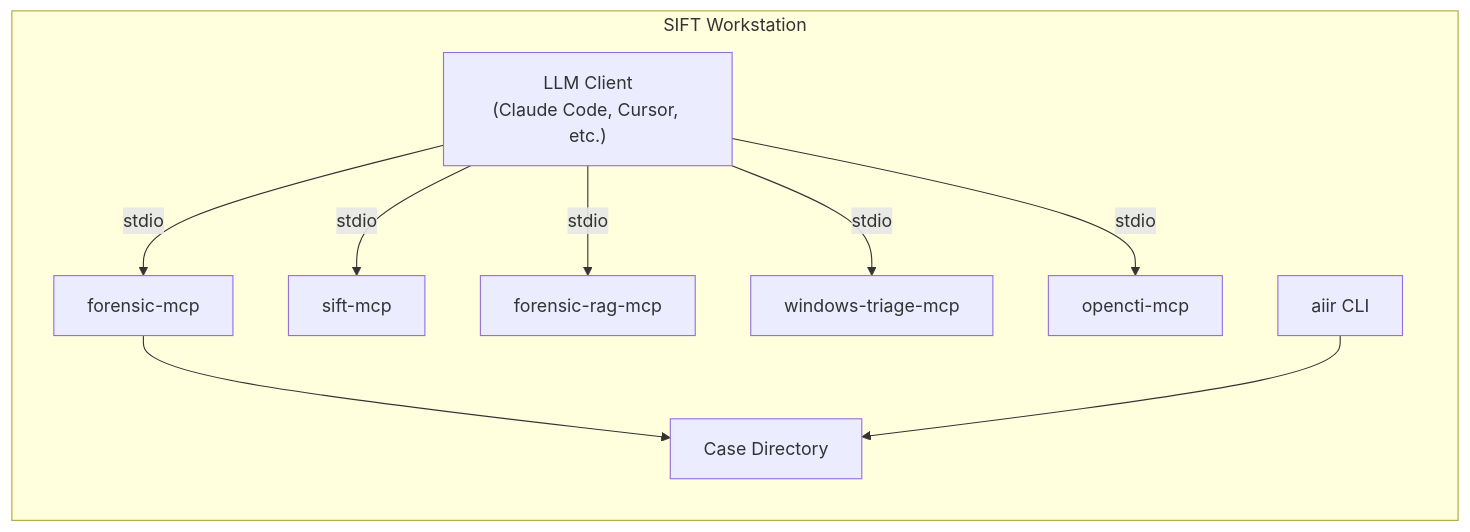
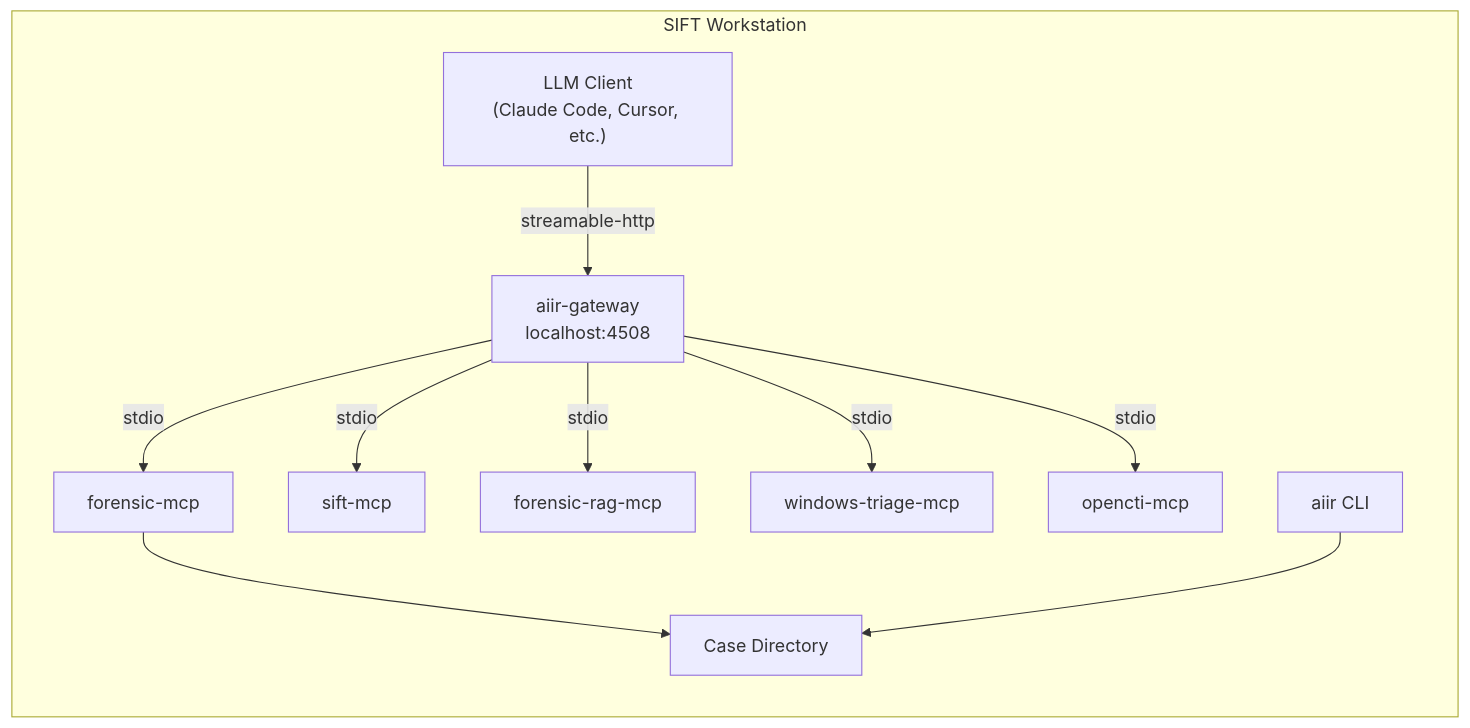
The second of 5 diagrams in README.md (AppliedIR/aiir), drawn with Mermaid before and after one commit. The commit also changed other lines of this file, not shown here.

Commit message:
fix diagrams: streamable-http only, no direct stdio from clients

````diff
--- a/README.md
+++ b/README.md
@@ -97,21 +97,23 @@
 ```mermaid
 graph LR
     subgraph sift ["SIFT Workstation"]
         CC["LLM Client<br/>(Claude Code, Cursor, etc.)"]
+        GW["aiir-gateway<br/>localhost:4508"]
         FM[forensic-mcp]
         SM[sift-mcp]
         FR[forensic-rag-mcp]
         WTR[windows-triage-mcp]
         OC[opencti-mcp]
         CASE[Case Directory]
         CLI[aiir CLI]
 
-        CC -->|stdio| FM
-        CC -->|stdio| SM
-        CC -->|stdio| FR
-        CC -->|stdio| WTR
-        CC -->|stdio| OC
+        CC -->|streamable-http| GW
+        GW -->|stdio| FM
+        GW -->|stdio| SM
+        GW -->|stdio| FR
+        GW -->|stdio| WTR
+        GW -->|stdio| OC
         FM --> CASE
         CLI --> CASE
     end
 ```
````
